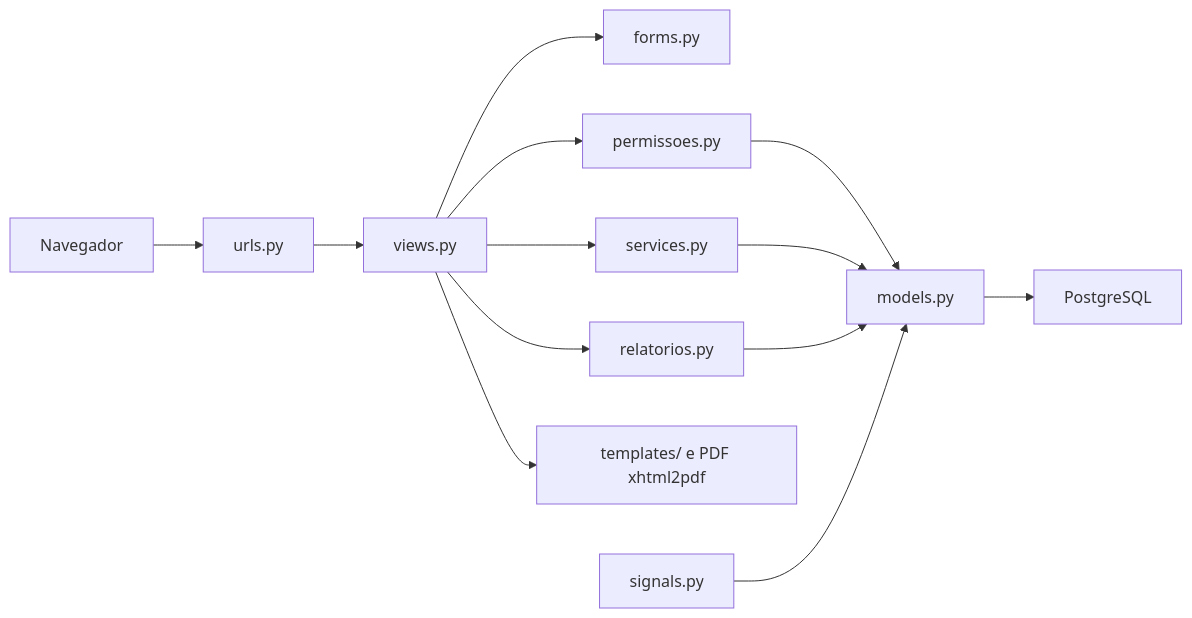
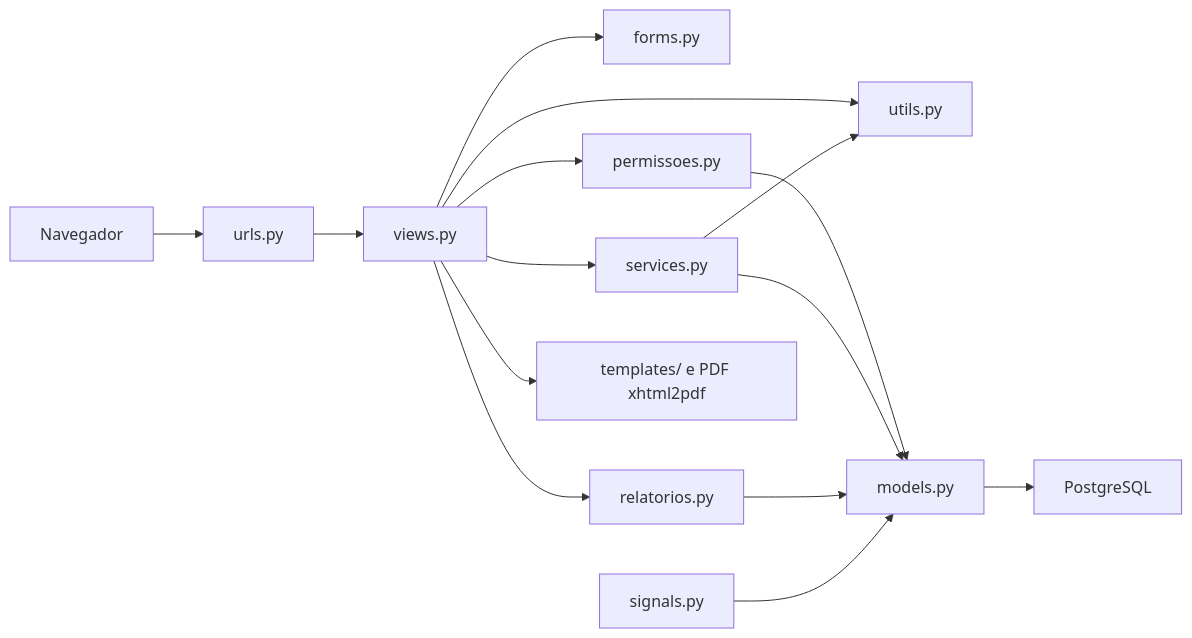
One commit to guicannoslima/registro-ponto changed the diagram in docs/ARQUITETURA.md. Above: the diagram before and after it, drawn with Mermaid. The commit also changed other lines of this file and 35 other files, not shown here.

````diff
--- a/docs/ARQUITETURA.md
+++ b/docs/ARQUITETURA.md
@@ -9,15 +9,17 @@
 ```mermaid
 flowchart LR
   Navegador --> URLs[urls.py]
   URLs --> Views[views.py]
   Views --> Forms[forms.py]
   Views --> Permissoes[permissoes.py]
   Views --> Services[services.py]
+  Views --> Utils[utils.py]
+  Services --> Utils
   Views --> Relatorios[relatorios.py]
   Views --> Templates[templates/ e PDF xhtml2pdf]
   Permissoes --> Models[models.py]
   Services --> Models
   Relatorios --> Models
   Signals[signals.py] --> Models
   Models --> PostgreSQL
 ```
````
